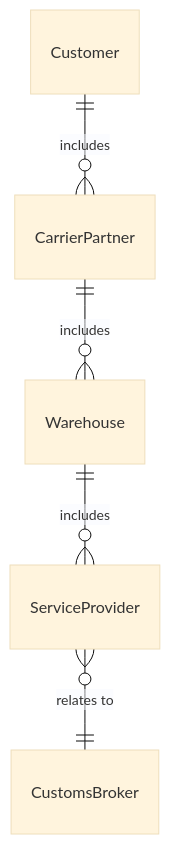
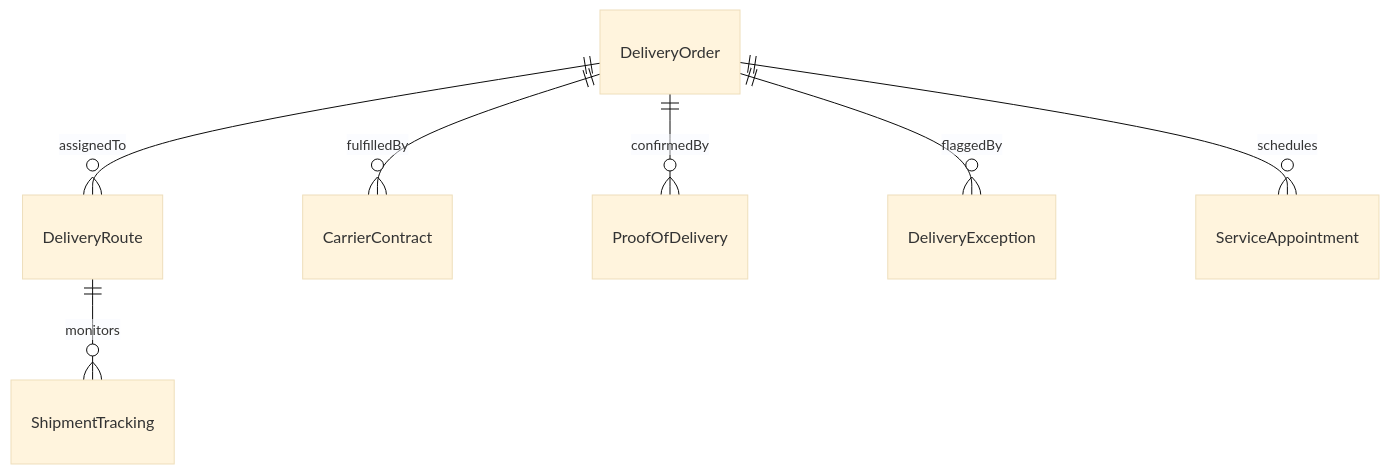
One commit to dot-org-ai/tasks.org.ai changed the first of 4 diagrams in GuidingDirectingAndMotivatingSubordinates/DirectOrganizationalOperationsActivitiesOrProcedures/ArrangeDeliveryGoodsServices.mdx. Above: the diagram before and after it, drawn with Mermaid (base theme). The commit also changed other lines of this file and 515 other files, not shown here.

````diff
--- a/GuidingDirectingAndMotivatingSubordinates/DirectOrganizationalOperationsActivitiesOrProcedures/ArrangeDeliveryGoodsServices.mdx
+++ b/GuidingDirectingAndMotivatingSubordinates/DirectOrganizationalOperationsActivitiesOrProcedures/ArrangeDeliveryGoodsServices.mdx
@@ -91,7 +91,9 @@
 ```mermaid
 erDiagram
-    Customer ||--o{ CarrierPartner : includes
-    CarrierPartner ||--o{ Warehouse : includes
-    Warehouse ||--o{ ServiceProvider : includes
-    ServiceProvider }o--|| CustomsBroker : "relates to"
+    DeliveryOrder ||--o{ DeliveryRoute : assignedTo
+    DeliveryOrder ||--o{ CarrierContract : fulfilledBy
+    DeliveryRoute ||--o{ ShipmentTracking : monitors
+    DeliveryOrder ||--o{ ProofOfDelivery : confirmedBy
+    DeliveryOrder ||--o{ DeliveryException : flaggedBy
+    DeliveryOrder ||--o{ ServiceAppointment : schedules
 ```
````
